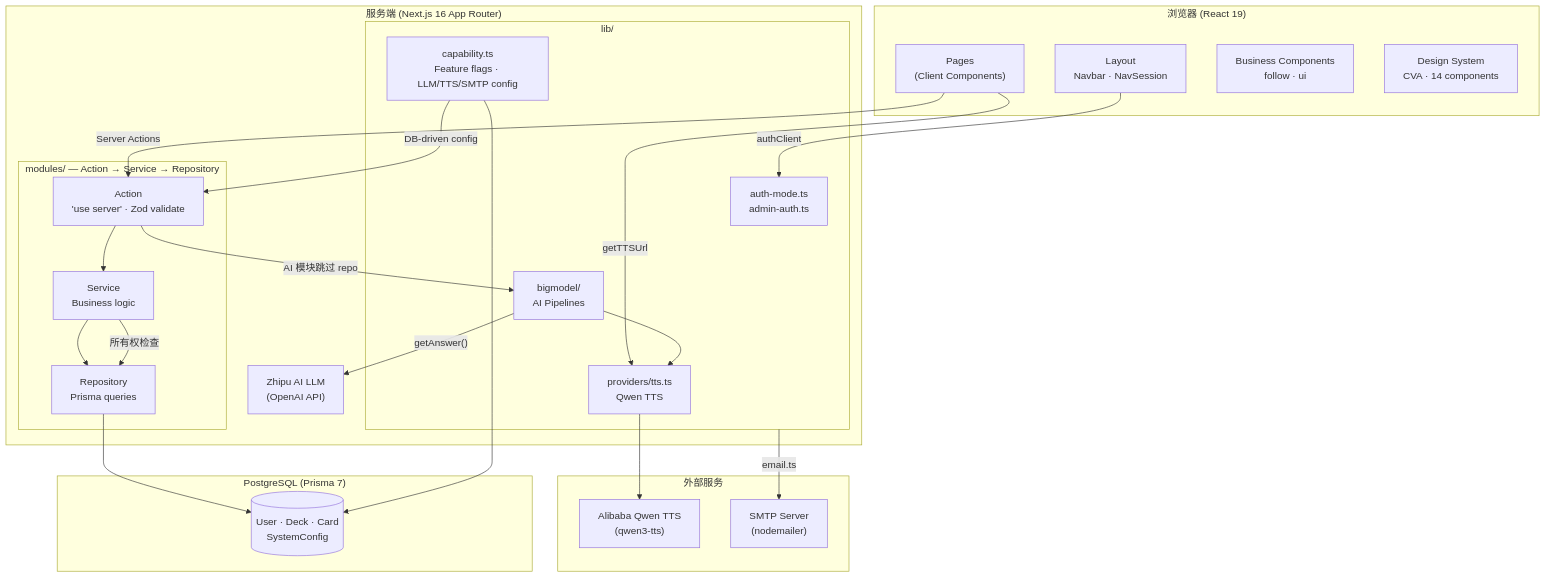
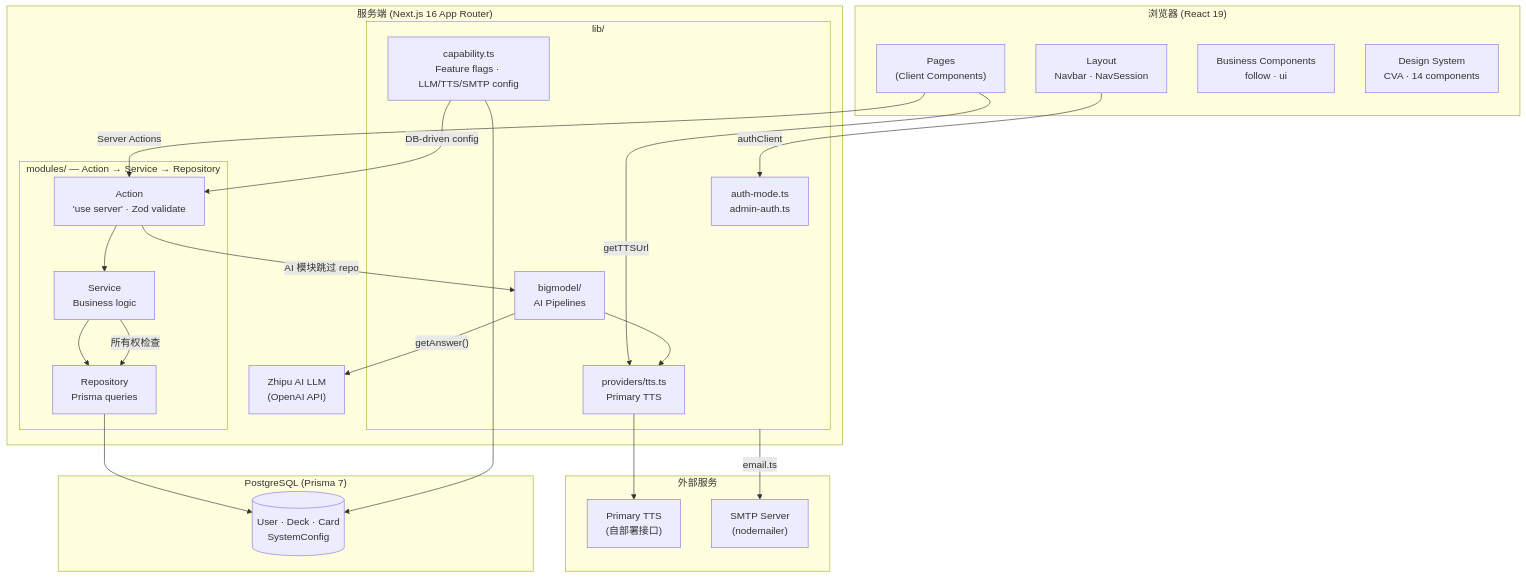
The diagram in README.zh-CN.md (GoddoNebianU/learn-languages), drawn with Mermaid before and after one commit. The commit also changed other lines of this file and 13 other files, not shown here.

First line of the commit message:
refactor: remove DashScope (Alibaba Qwen) TTS, keep only primary custom endpoint

````diff
--- a/README.zh-CN.md
+++ b/README.zh-CN.md
@@ -48,48 +48,48 @@
 ```mermaid
 graph TB
     subgraph Browser["浏览器 (React 19)"]
         Pages["Pages<br/>(Client Components)"]
         Layout["Layout<br/>Navbar · NavSession"]
         BizComps["Business Components<br/>follow · ui"]
         DS["Design System<br/>CVA · 14 components"]
     end
 
     Pages -->|"Server Actions"| Action
     Layout -->|"authClient"| AuthMod
     Pages -->|"getTTSUrl"| TTS
 
     subgraph Server["服务端 (Next.js 16 App Router)"]
         subgraph Modules["modules/ — Action → Service → Repository"]
             Action["Action<br/>'use server' · Zod validate"] --> Service["Service<br/>Business logic"] --> Repository["Repository<br/>Prisma queries"]
         end
         Action -->|"AI 模块跳过 repo"| Pipelines
 
         subgraph Lib["lib/"]
             AuthMod["auth-mode.ts<br/>admin-auth.ts"]
             Cap["capability.ts<br/>Feature flags · LLM/TTS/SMTP config"]
             Pipelines["bigmodel/<br/>AI Pipelines"]
-            TTS["providers/tts.ts<br/>Qwen TTS"]
+            TTS["providers/tts.ts<br/>Primary TTS"]
         end
 
         Service -->|"所有权检查"| Repository
         Pipelines -->|"getAnswer()"| LLM
         Pipelines --> TTS
         Cap -->|"DB-driven config"| Action
     end
 
     Repository --> DB
     Cap --> DB
 
     subgraph Storage["PostgreSQL (Prisma 7)"]
         DB[("User · Deck · Card<br/>SystemConfig")]
     end
 
     subgraph External["外部服务"]
         LLM["Zhipu AI LLM<br/>(OpenAI API)"]
-        Qwen["Alibaba Qwen TTS<br/>(qwen3-tts)"]
+        Qwen["Primary TTS<br/>(自部署接口)"]
         SMTP["SMTP Server<br/>(nodemailer)"]
     end
 
     TTS --> Qwen
     Lib -->|"email.ts"| SMTP
 ```
````
